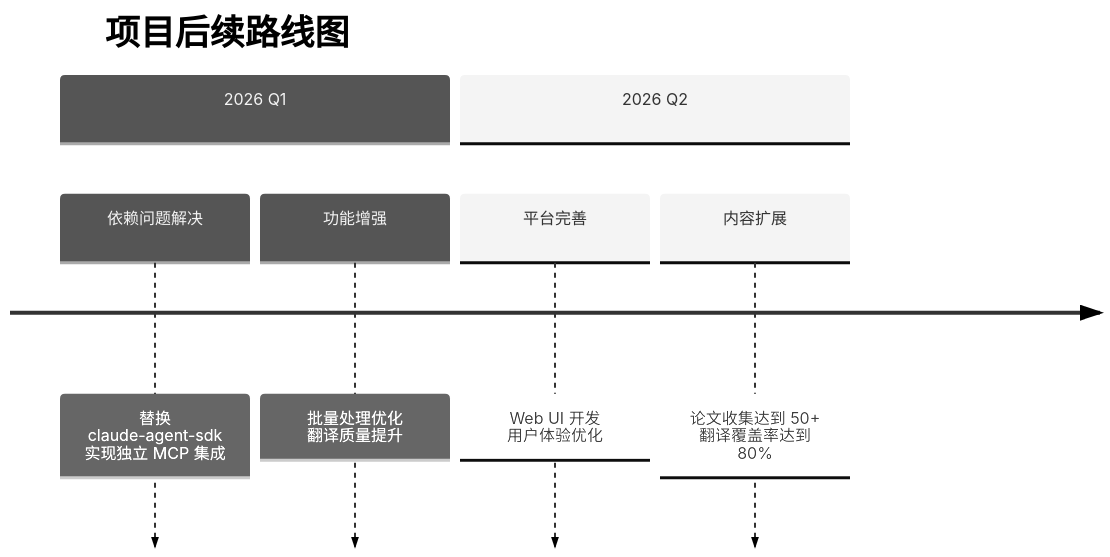
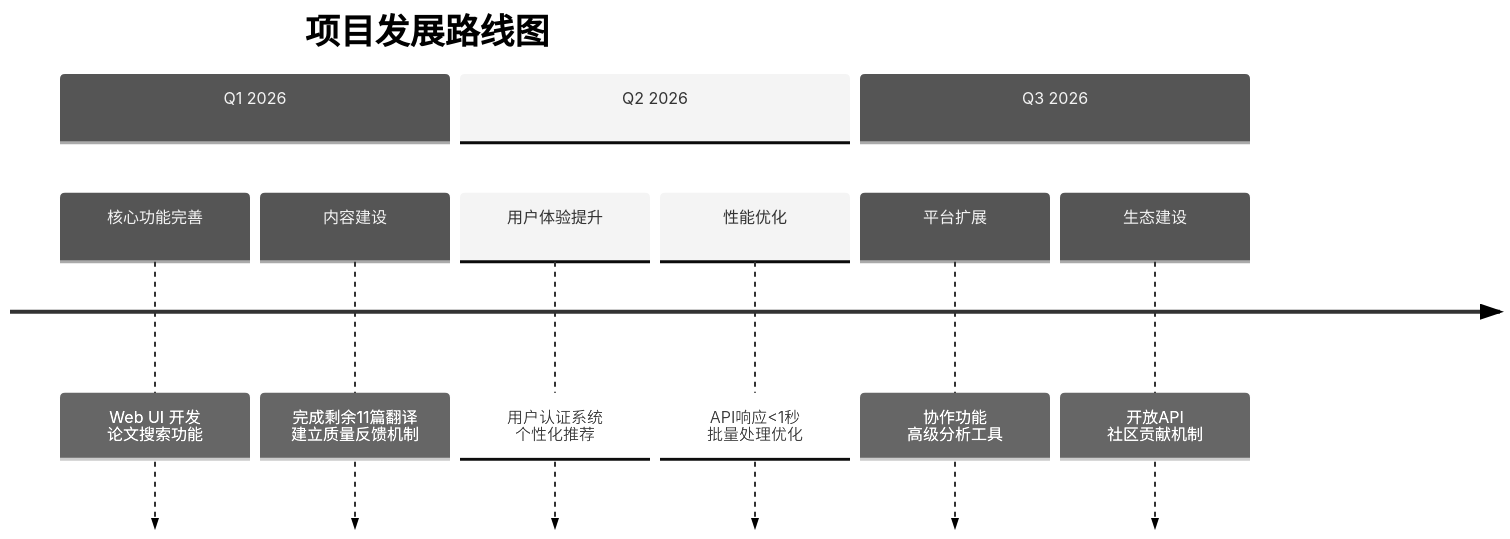
Before and after one commit to ThreeFish-AI/agentic-ai-cognizes: the second of 3 diagrams in docs/000-roadmap.md, drawn with Mermaid (neutral theme). The commit also changed other lines of this file, not shown here.

First line of the commit message:
docs(Roadmap): 优化核心指标可视化展示

````diff
--- a/docs/000-roadmap.md
+++ b/docs/000-roadmap.md
@@ -17,10 +48,13 @@
 ```mermaid
 timeline
-    title 项目后续路线图
-    section 2026 Q1
-        依赖问题解决 : 替换 claude-agent-sdk<br>实现独立 MCP 集成
-        功能增强 : 批量处理优化<br>翻译质量提升
-    section 2026 Q2
-        平台完善 : Web UI 开发<br>用户体验优化
-        内容扩展 : 论文收集达到 50+<br>翻译覆盖率达到 80%
+    title 项目发展路线图
+    section Q1 2026
+        核心功能完善 : Web UI 开发<br>论文搜索功能
+        内容建设 : 完成剩余11篇翻译<br>建立质量反馈机制
+    section Q2 2026
+        用户体验提升 : 用户认证系统<br>个性化推荐
+        性能优化 : API响应<1秒<br>批量处理优化
+    section Q3 2026
+        平台扩展 : 协作功能<br>高级分析工具
+        生态建设 : 开放API<br>社区贡献机制
 ```
````
